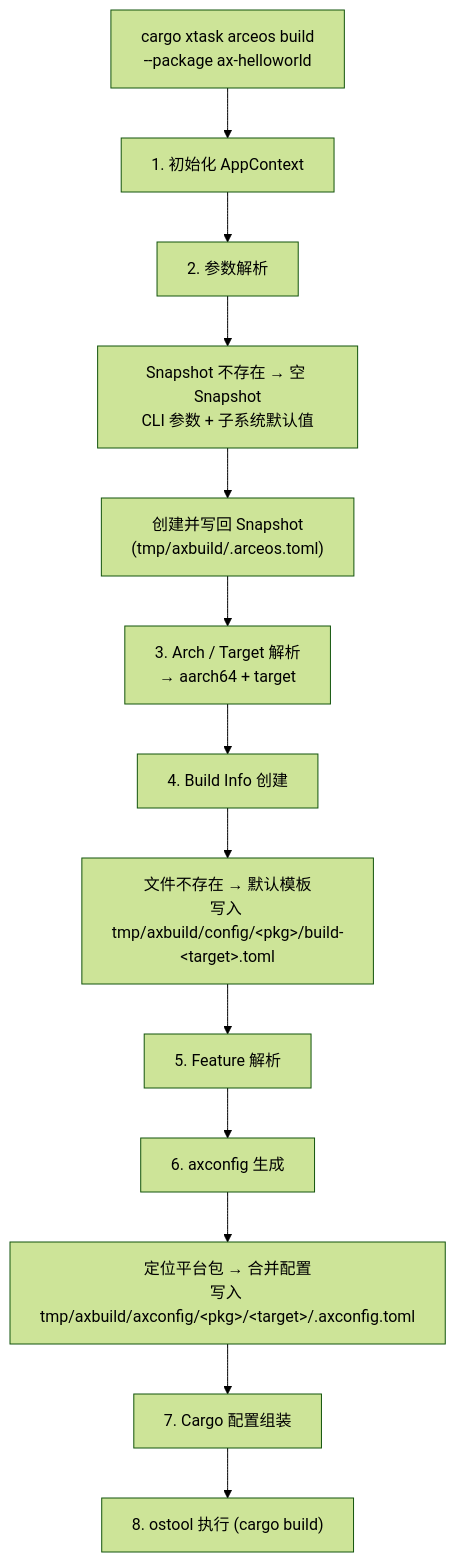
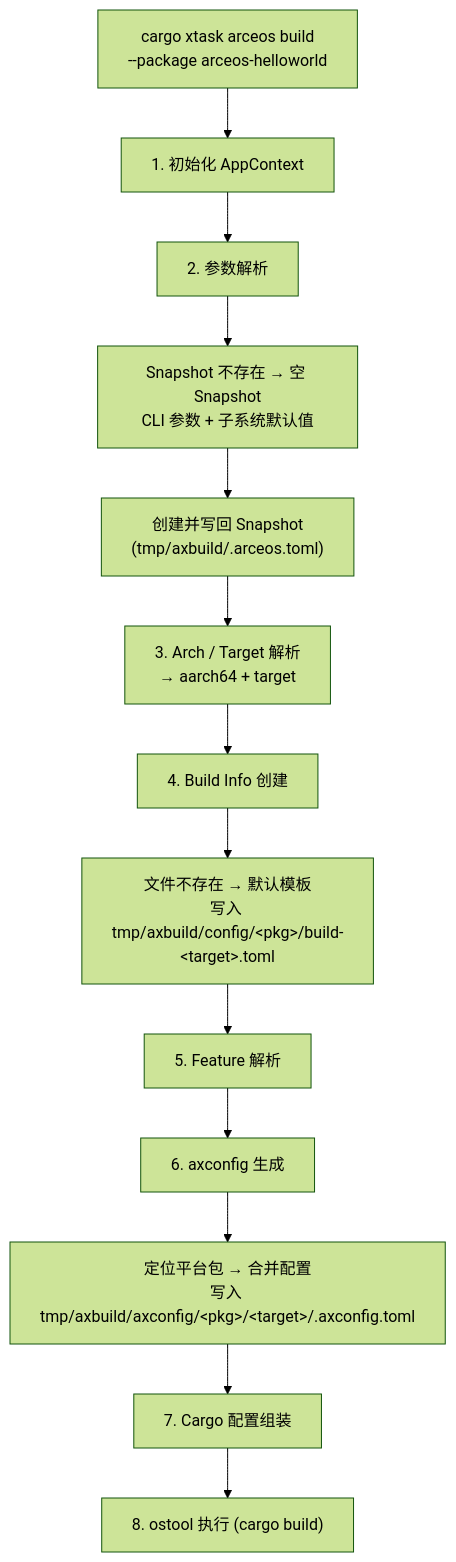
The first of 8 diagrams in docs/docs/build/build.md (rcore-os/tgoskits), drawn with Mermaid (forest theme) before and after one commit. The commit also changed 184 other files, not shown here.

````diff
--- a/docs/docs/build/build.md
+++ b/docs/docs/build/build.md
@@ -16,15 +16,15 @@
 ```mermaid
 flowchart TD
-    A["cargo xtask arceos build<br/>--package ax-helloworld"] --> B[1. 初始化 AppContext]
+    A["cargo xtask arceos build<br/>--package arceos-helloworld"] --> B[1. 初始化 AppContext]
     B --> C["2. 参数解析"]
     C --> C1["Snapshot 不存在 → 空 Snapshot<br/>CLI 参数 + 子系统默认值"]
     C1 --> C2["创建并写回 Snapshot<br/>(tmp/axbuild/.arceos.toml)"]
     C2 --> D["3. Arch / Target 解析<br/>→ aarch64 + target"]
     D --> E["4. Build Info 创建"]
     E --> E1["文件不存在 → 默认模板<br/>写入 tmp/axbuild/config/&lt;pkg&gt;/build-&lt;target&gt;.toml"]
     E1 --> F["5. Feature 解析"]
     F --> G["6. axconfig 生成"]
     G --> G1["定位平台包 → 合并配置<br/>写入 tmp/axbuild/axconfig/&lt;pkg&gt;/&lt;target&gt;/.axconfig.toml"]
     G1 --> H["7. Cargo 配置组装"]
     H --> I["8. ostool 执行 (cargo build)"]
 ```
````
